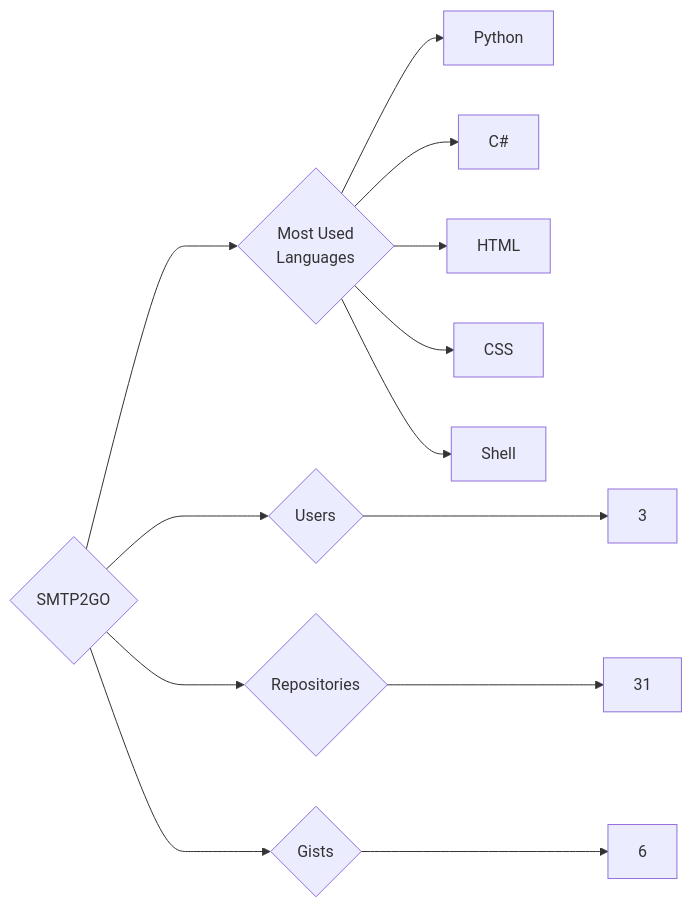
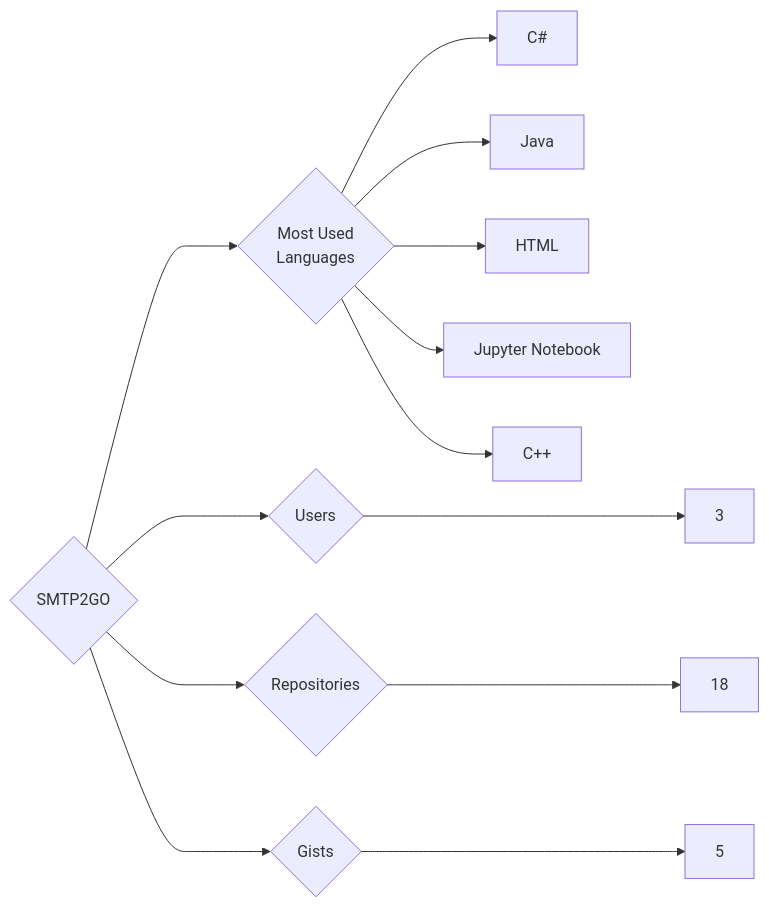
The diagram in targets/SMTP2GO/README.md (trickest/insiders), drawn with Mermaid before and after one commit. The commit also changed 1696 other files, not shown here.

````diff
--- a/targets/SMTP2GO/README.md
+++ b/targets/SMTP2GO/README.md
@@ -3,13 +3,13 @@
 ```mermaid
 graph LR
 COMPANY_NAME{SMTP2GO}
 COMPANY_NAME ---> U{Users} ---> UN[3]
-COMPANY_NAME ---> R{Repositories} ---> RN[31]
-COMPANY_NAME ---> G{Gists} ---> GN[6]
+COMPANY_NAME ---> R{Repositories} ---> RN[18]
+COMPANY_NAME ---> G{Gists} ---> GN[5]
 COMPANY_NAME ---> ML{Most Used<br>Languages}
-ML --> Python[Python]
 ML --> C#[C#]
+ML --> Java[Java]
 ML --> HTML[HTML]
-ML --> CSS[CSS]
-ML --> Shell[Shell]
+ML --> Jupyter_Notebook[Jupyter Notebook]
+ML --> C++[C++]
 ```
````
